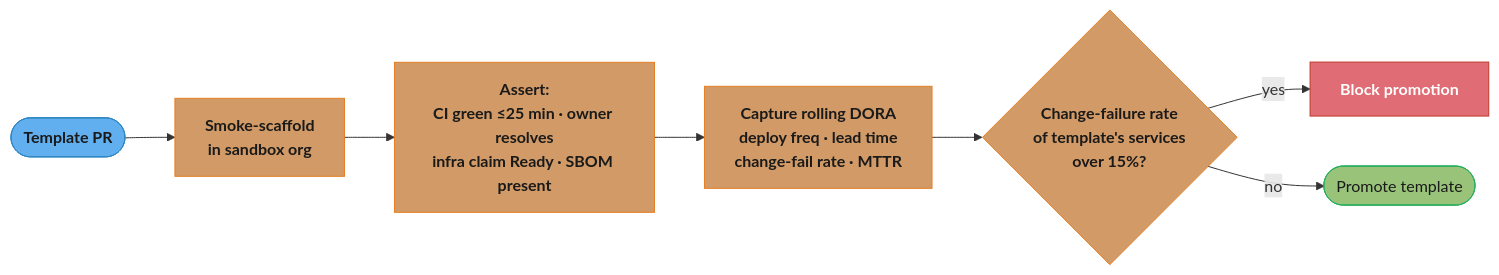
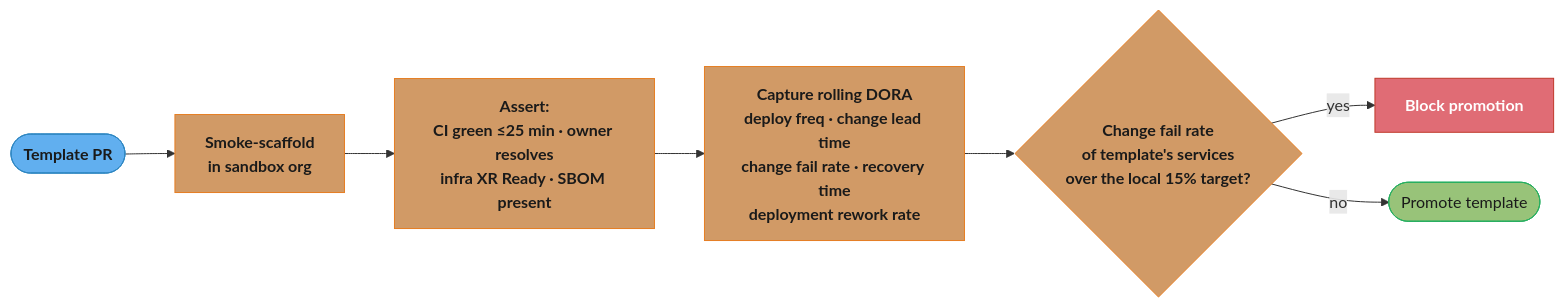
The sixth of 7 diagrams in src/main/java/com/rutik/systemdesign/devops/case_studies/design_internal_developer_platform.md (rppol/system-design), drawn with Mermaid before and after one commit. The commit also changed other lines of this file and 2 other files, not shown here.

First line of the commit message:
audit(devops): 3 more case studies — a burn rate off by 25x, a funnel that printed 50 where it computed 10, and a fabricated citation removed

````diff
--- a/src/main/java/com/rutik/systemdesign/devops/case_studies/design_internal_developer_platform.md
+++ b/src/main/java/com/rutik/systemdesign/devops/case_studies/design_internal_developer_platform.md
@@ -800,27 +824,27 @@
 ```mermaid
 flowchart LR
     classDef io      fill:#61afef,stroke:#2e86c1,color:#1a1a1a,font-weight:bold
     classDef frozen  fill:#c678dd,stroke:#9b59b6,color:#fff
     classDef train   fill:#98c379,stroke:#27ae60,color:#1a1a1a
     classDef mathOp  fill:#d19a66,stroke:#e67e22,color:#1a1a1a,font-weight:bold
     classDef lossN   fill:#e06c75,stroke:#c0392b,color:#fff,font-weight:bold
     classDef req     fill:#56b6c2,stroke:#0097a7,color:#1a1a1a
     classDef base    fill:#e5c07b,stroke:#f39c12,color:#1a1a1a
 
     pr(["Template PR"])
     smoke["Smoke-scaffold<br/>in sandbox org"]
-    assertN["Assert:<br/>CI green ≤25 min · owner resolves<br/>infra claim Ready · SBOM present"]
-    dora["Capture rolling DORA<br/>deploy freq · lead time<br/>change-fail rate · MTTR"]
-    gate{"Change-failure rate<br/>of template's services<br/>over 15%?"}
+    assertN["Assert:<br/>CI green ≤25 min · owner resolves<br/>infra XR Ready · SBOM present"]
+    dora["Capture rolling DORA<br/>deploy freq · change lead time<br/>change fail rate · recovery time<br/>deployment rework rate"]
+    gate{"Change fail rate<br/>of template's services<br/>over the local 15% target?"}
     block["Block promotion"]
     promote(["Promote template"])
 
     pr --> smoke --> assertN --> dora --> gate
     gate -- "yes" --> block
     gate -- "no" --> promote
 
     class pr io
     class smoke,assertN,dora,gate mathOp
     class block lossN
     class promote train
 ```
````
